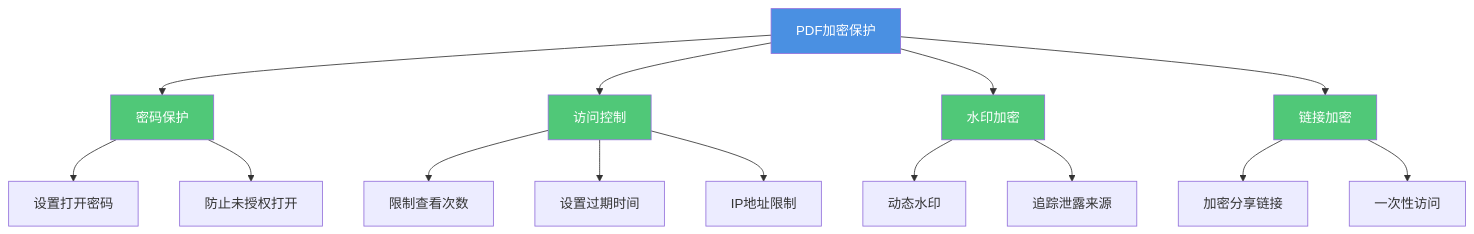
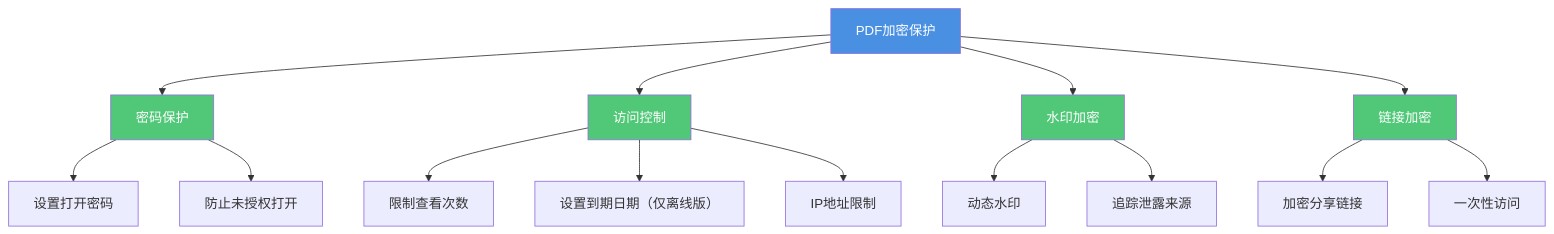
One commit to mythenigma/cloudflareAstro changed the first of 5 diagrams in src/content/blog/cn/pdf-encryption-prevent-forwarding-complete-guide.md. Above: the diagram before and after it, drawn with Mermaid. The commit also changed other lines of this file and 127 other files, not shown here.

````diff
--- a/src/content/blog/cn/pdf-encryption-prevent-forwarding-complete-guide.md
+++ b/src/content/blog/cn/pdf-encryption-prevent-forwarding-complete-guide.md
@@ -43,26 +45,26 @@
 ```mermaid
 flowchart TD
     A[PDF加密保护] --> B[密码保护]
     A --> C[访问控制]
     A --> D[水印加密]
     A --> E[链接加密]
     
     B --> B1[设置打开密码]
     B --> B2[防止未授权打开]
     
     C --> C1[限制查看次数]
-    C --> C2[设置过期时间]
+    C --> C2[设置到期日期（仅离线版）]
     C --> C3[IP地址限制]
     
     D --> D1[动态水印]
     D --> D2[追踪泄露来源]
     
     E --> E1[加密分享链接]
     E --> E2[一次性访问]
     
     style A fill:#4A90E2,color:#fff
     style B fill:#50C878,color:#fff
     style C fill:#50C878,color:#fff
     style D fill:#50C878,color:#fff
     style E fill:#50C878,color:#fff
 ```
````
